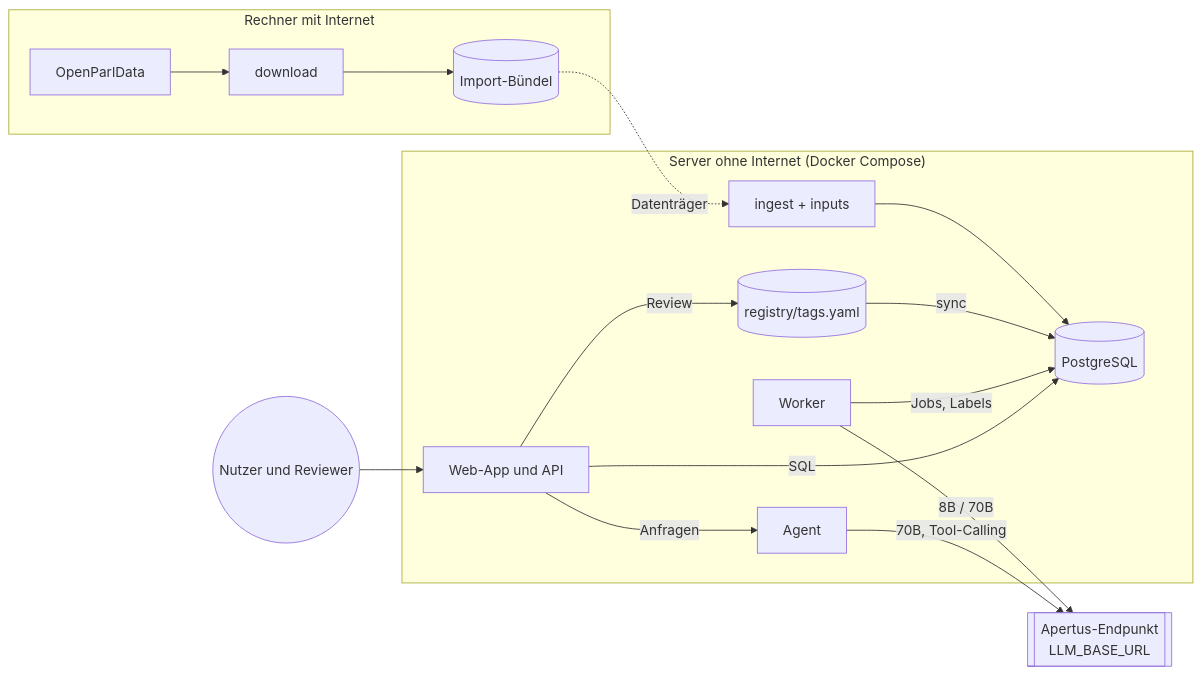
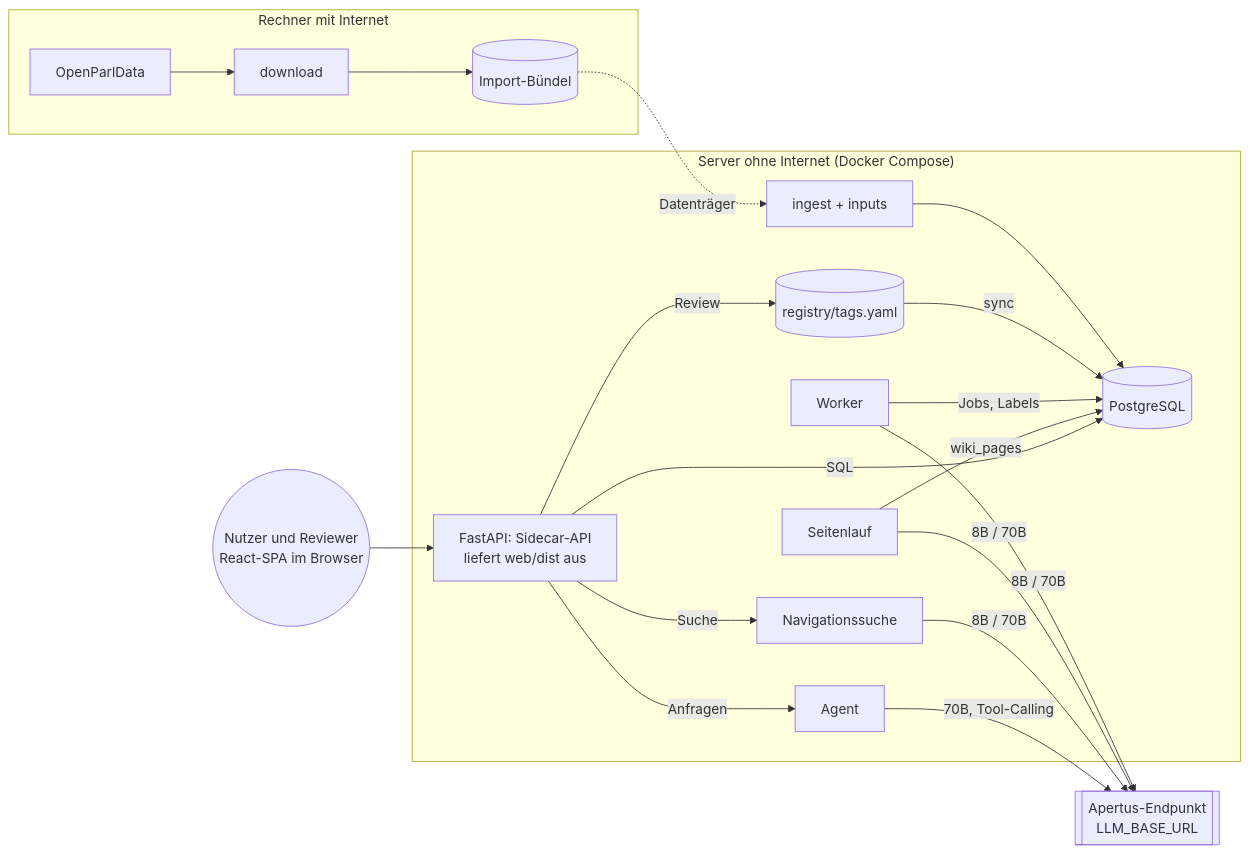
Before and after one commit to edu008/Dreamers4OpenParl: the diagram in docs/ARCHITEKTUR.md, drawn with Mermaid. The commit also changed other lines of this file and 13 other files, not shown here.

````diff
--- a/docs/ARCHITEKTUR.md
+++ b/docs/ARCHITEKTUR.md
@@ -7,19 +7,23 @@
 ```mermaid
 flowchart LR
   subgraph online["Rechner mit Internet"]
     ODP["OpenParlData"] --> DL["download"] --> BUNDLE[("Import-Bündel")]
   end
   subgraph server["Server ohne Internet (Docker Compose)"]
     ING["ingest + inputs"] --> DB[("PostgreSQL")]
     REG[("registry/tags.yaml")] -- "sync" --> DB
     W["Worker"] -- "Jobs, Labels" --> DB
-    API["Web-App und API"] -- "SQL" --> DB
+    P["Seitenlauf"] -- "wiki_pages" --> DB
+    API["FastAPI: Sidecar-API<br/>liefert web/dist aus"] -- "SQL" --> DB
     API -- "Anfragen" --> AG["Agent"]
+    API -- "Suche" --> NAV["Navigationssuche"]
     API -- "Review" --> REG
   end
   LLM[["Apertus-Endpunkt<br/>LLM_BASE_URL"]]
   BUNDLE -. "Datenträger" .-> ING
   W -- "8B / 70B" --> LLM
+  P -- "8B / 70B" --> LLM
+  NAV -- "8B / 70B" --> LLM
   AG -- "70B, Tool-Calling" --> LLM
-  U(("Nutzer und Reviewer")) --> API
+  U(("Nutzer und Reviewer<br/>React-SPA im Browser")) --> API
 ```
````
